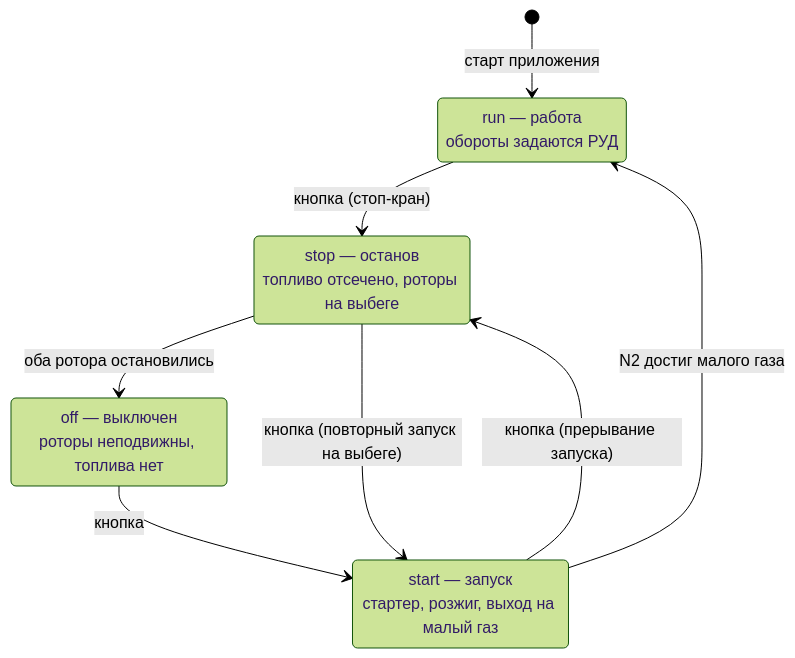
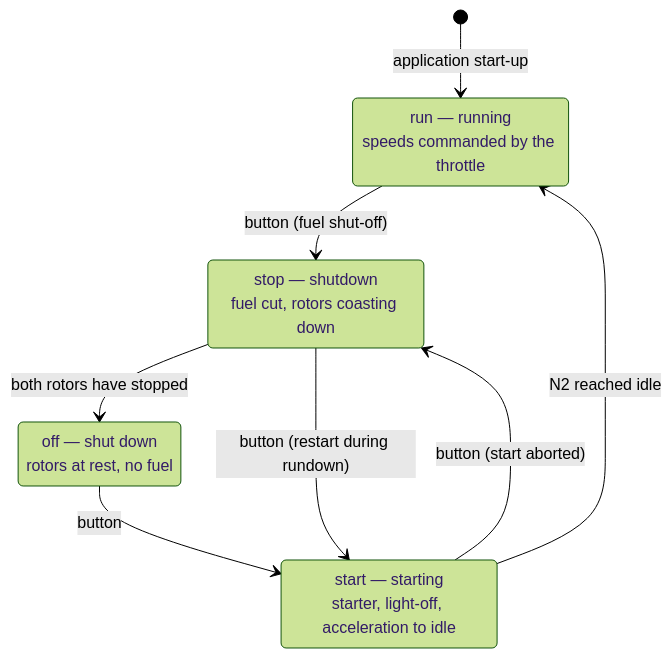
The diagram in docs/05-modes.md (jubbon/jet-engine-3d), drawn with Mermaid (forest theme) before and after one commit. The commit also changed other lines of this file and 15 other files, not shown here.

````diff
--- a/docs/05-modes.md
+++ b/docs/05-modes.md
@@ -8,15 +8,15 @@
 ```mermaid
 stateDiagram-v2
-  [*] --> run: старт приложения
-  off --> start: кнопка
-  start --> run: N2 достиг малого газа
-  start --> stop: кнопка (прерывание запуска)
-  run --> stop: кнопка (стоп-кран)
-  stop --> off: оба ротора остановились
-  stop --> start: кнопка (повторный запуск на выбеге)
+  [*] --> run: application start-up
+  off --> start: button
+  start --> run: N2 reached idle
+  start --> stop: button (start aborted)
+  run --> stop: button (fuel shut-off)
+  stop --> off: both rotors have stopped
+  stop --> start: button (restart during rundown)
 
-  off: off — выключен<br/>роторы неподвижны, топлива нет
-  start: start — запуск<br/>стартер, розжиг, выход на малый газ
-  run: run — работа<br/>обороты задаются РУД
-  stop: stop — останов<br/>топливо отсечено, роторы на выбеге
+  off: off — shut down<br/>rotors at rest, no fuel
+  start: start — starting<br/>starter, light-off, acceleration to idle
+  run: run — running<br/>speeds commanded by the throttle
+  stop: stop — shutdown<br/>fuel cut, rotors coasting down
 ```
````
